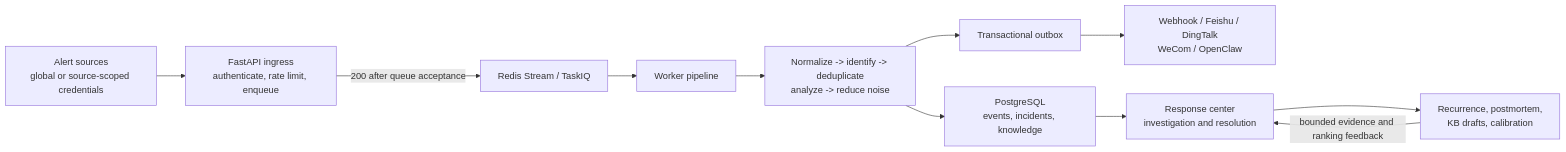
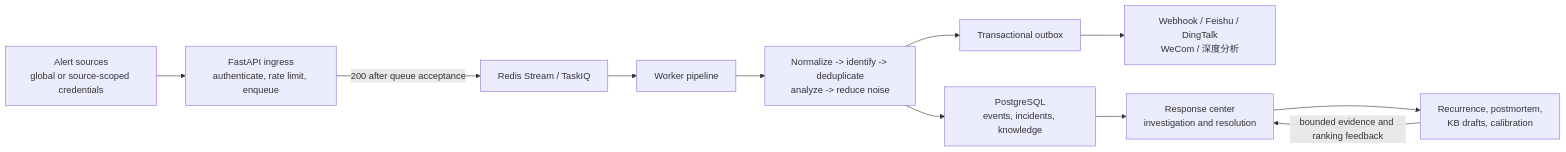
One commit to itswl/WebhookWise changed the diagram in README.zh.md. Above: the diagram before and after it, drawn with Mermaid. The commit also changed other lines of this file and 87 other files, not shown here.

````diff
--- a/README.zh.md
+++ b/README.zh.md
@@ -51,24 +51,24 @@
 ```mermaid
 flowchart LR
     sources["Alert sources<br/>global or source-scoped credentials"]
     api["FastAPI ingress<br/>authenticate, rate limit, enqueue"]
     queue["Redis Stream / TaskIQ"]
     worker["Worker pipeline"]
     process["Normalize -> identify -> deduplicate<br/>analyze -> reduce noise"]
     db["PostgreSQL<br/>events, incidents, knowledge"]
     outbox["Transactional outbox"]
-    targets["Webhook / Feishu / DingTalk<br/>WeCom / OpenClaw"]
+    targets["Webhook / Feishu / DingTalk<br/>WeCom / 深度分析"]
     response["Response center<br/>investigation and resolution"]
     learning["Recurrence, postmortem,<br/>KB drafts, calibration"]
 
     sources --> api
     api -->|"200 after queue acceptance"| queue
     queue --> worker
     worker --> process
     process --> db
     process --> outbox
     outbox --> targets
     db --> response
     response --> learning
     learning -->|"bounded evidence and ranking feedback"| response
 ```
````
